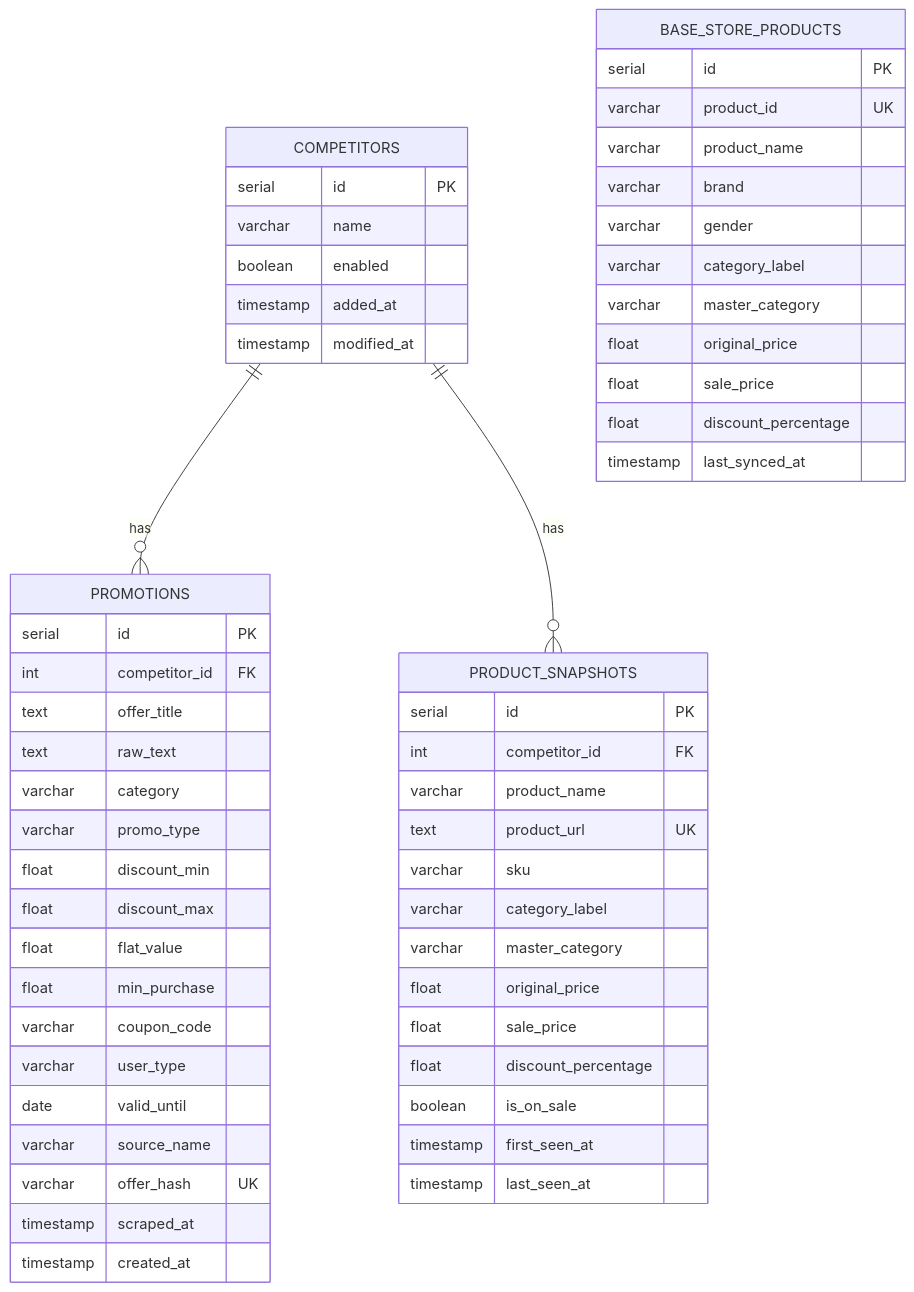
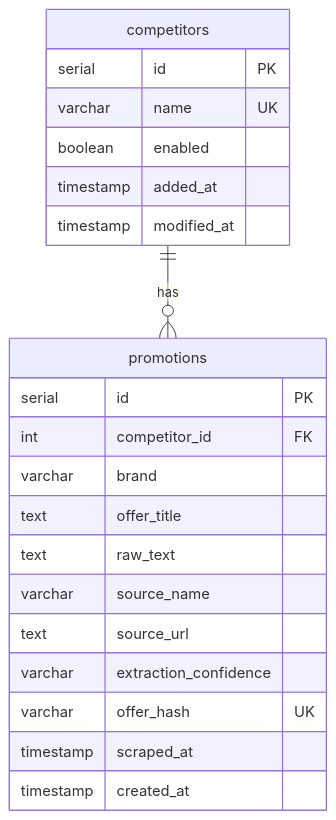
The second of 2 diagrams in confluence_documentation.md (Arshu45/Web_Scraping_v1), drawn with Mermaid before and after one commit. The commit also changed other lines of this file and 17 other files, not shown here.

````diff
--- a/confluence_documentation.md
+++ b/confluence_documentation.md
@@ -130,63 +71,26 @@
 ```mermaid
 erDiagram
-    COMPETITORS ||--o{ PROMOTIONS : "has"
-    COMPETITORS ||--o{ PRODUCT_SNAPSHOTS : "has"
+    competitors ||--o{ promotions : "has"
 
-    COMPETITORS {
+    competitors {
         serial id PK
-        varchar name
+        varchar name UK
         boolean enabled
         timestamp added_at
         timestamp modified_at
     }
 
-    PROMOTIONS {
+    promotions {
         serial id PK
         int competitor_id FK
+        varchar brand
         text offer_title
         text raw_text
-        varchar category
-        varchar promo_type
-        float discount_min
-        float discount_max
-        float flat_value
-        float min_purchase
-        varchar coupon_code
-        varchar user_type
-        date valid_until
         varchar source_name
+        text source_url
+        varchar extraction_confidence
         varchar offer_hash UK
         timestamp scraped_at
         timestamp created_at
     }
-
-    PRODUCT_SNAPSHOTS {
-        serial id PK
-        int competitor_id FK
-        varchar product_name
-        text product_url UK
-        varchar sku
-        varchar category_label
-        varchar master_category
-        float original_price
-        float sale_price
-        float discount_percentage
-        boolean is_on_sale
-        timestamp first_seen_at
-        timestamp last_seen_at
-    }
-
-    BASE_STORE_PRODUCTS {
-        serial id PK
-        varchar product_id UK
-        varchar product_name
-        varchar brand
-        varchar gender
-        varchar category_label
-        varchar master_category
-        float original_price
-        float sale_price
-        float discount_percentage
-        timestamp last_synced_at
-    }
 ```
````
